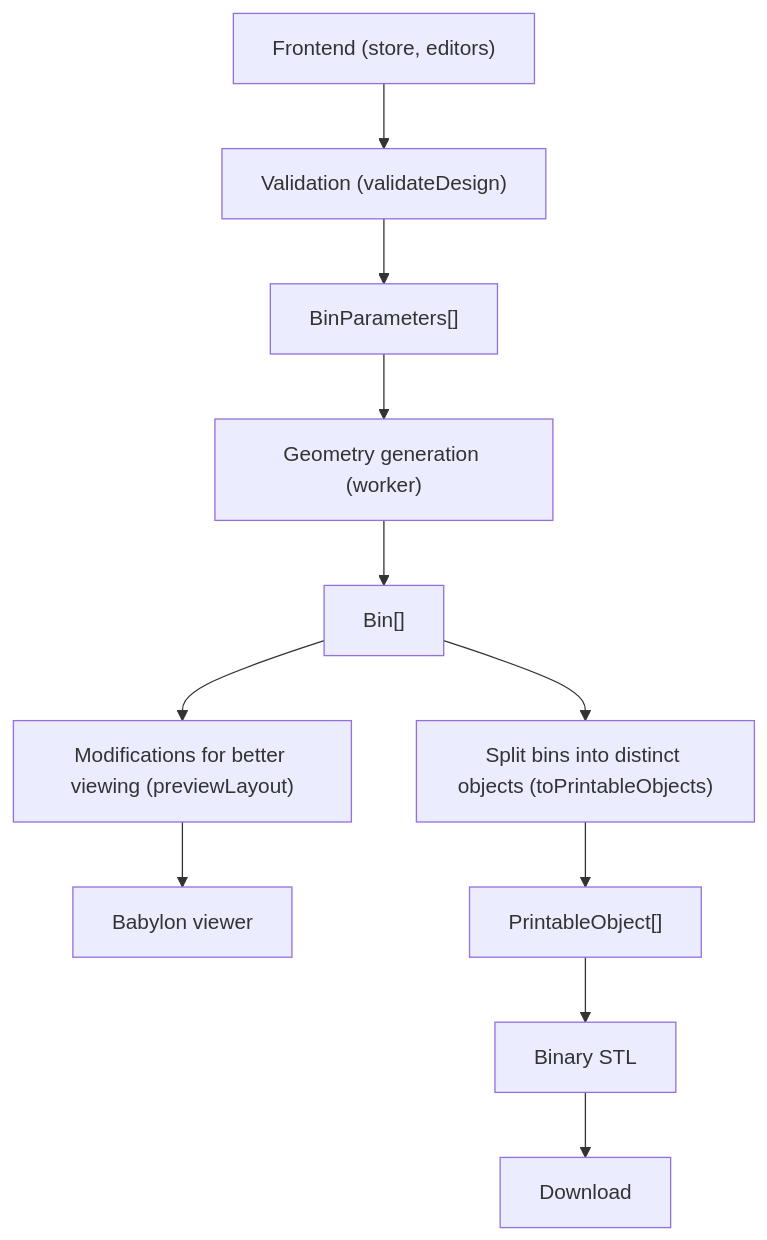
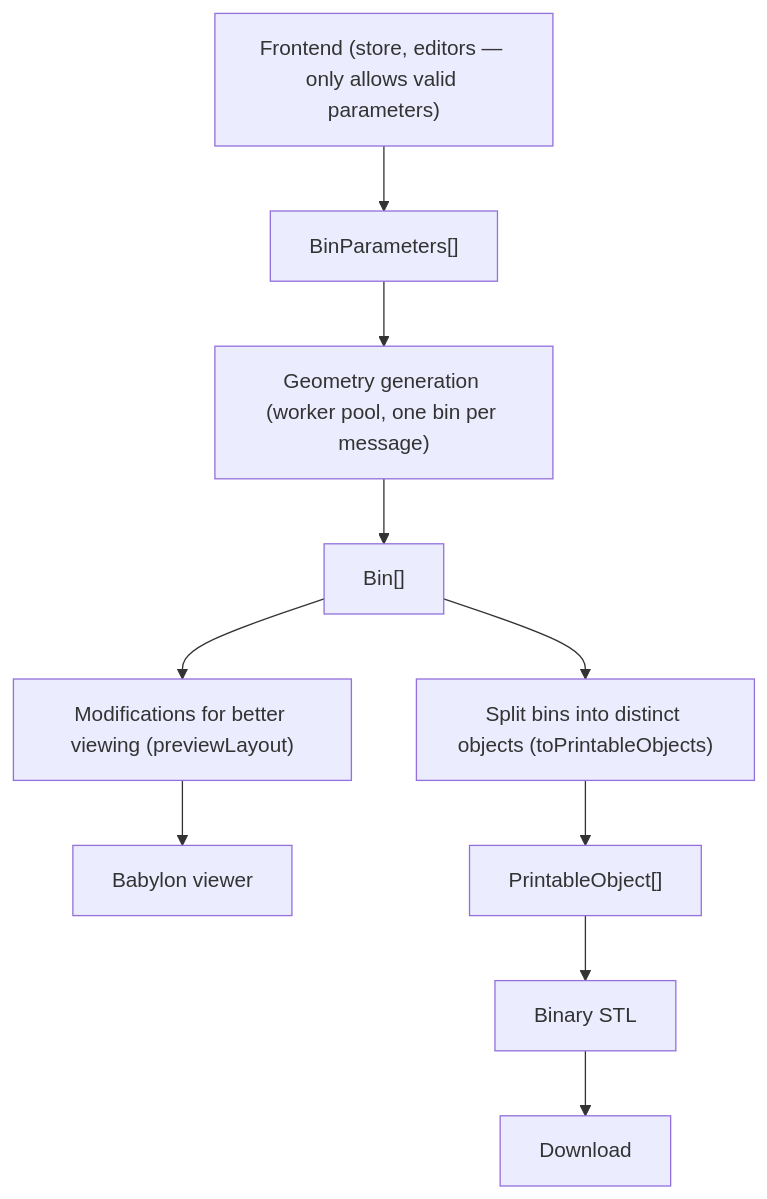
The diagram in docs/geometry-pipeline.md (ashton22305/gridfinity-expanded), drawn with Mermaid before and after one commit. The commit also changed other lines of this file and 8 other files, not shown here.

````diff
--- a/docs/geometry-pipeline.md
+++ b/docs/geometry-pipeline.md
@@ -7,13 +7,12 @@
 ```mermaid
 flowchart TB
-  Frontend["Frontend (store, editors)"] --> Validation["Validation (validateDesign)"]
-  Validation --> Params["BinParameters[]"]
-  Params --> Generation["Geometry generation (worker)"]
+  Frontend["Frontend (store, editors — only allows valid parameters)"] --> Params["BinParameters[]"]
+  Params --> Generation["Geometry generation (worker pool, one bin per message)"]
   Generation --> Bins["Bin[]"]
   Bins --> Layout["Modifications for better viewing (previewLayout)"]
   Layout --> Viewer["Babylon viewer"]
   Bins --> Split["Split bins into distinct objects (toPrintableObjects)"]
   Split --> Printable["PrintableObject[]"]
   Printable --> STL["Binary STL"]
   STL --> Export["Download"]
 ```
````
